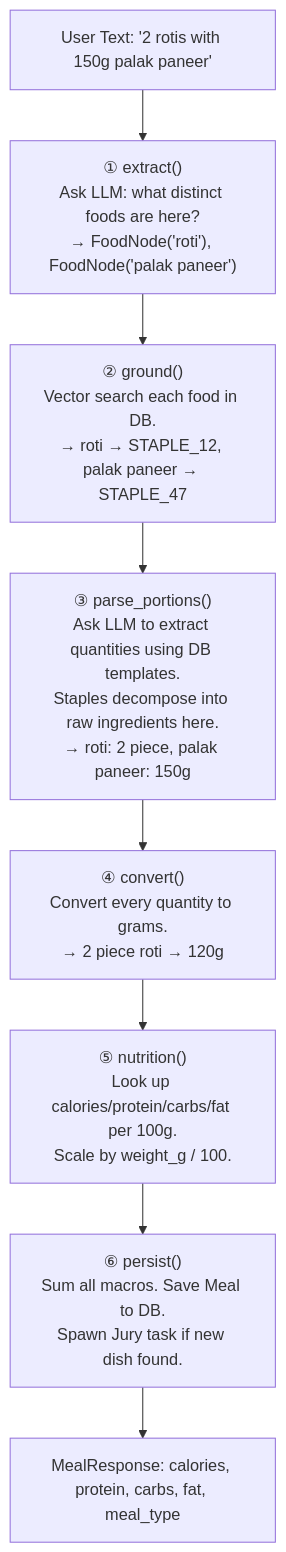
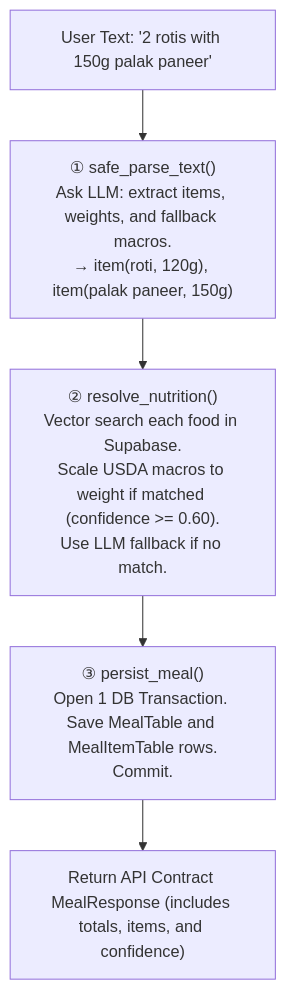
The diagram in backend/ARCHITECTURE.md (aasish-bodapati/lyfsync_2.0), drawn with Mermaid before and after one commit. The commit also changed other lines of this file and 5 other files, not shown here.

Commit message:
refactor: simplify parse_meal into pure helpers, remove manual env loading from embeddings.py, update stale docs

````diff
--- a/backend/ARCHITECTURE.md
+++ b/backend/ARCHITECTURE.md
@@ -36,11 +29,8 @@
 ```mermaid
 flowchart TD
     A["User Text: '2 rotis with 150g palak paneer'"] --> B
-    B["① extract()\nAsk LLM: what distinct foods are here?\n→ FoodNode('roti'), FoodNode('palak paneer')"] --> C
-    C["② ground()\nVector search each food in DB.\n→ roti → STAPLE_12, palak paneer → STAPLE_47"] --> D
-    D["③ parse_portions()\nAsk LLM to extract quantities using DB templates.\nStaples decompose into raw ingredients here.\n→ roti: 2 piece, palak paneer: 150g"] --> E
-    E["④ convert()\nConvert every quantity to grams.\n→ 2 piece roti → 120g"] --> F
-    F["⑤ nutrition()\nLook up calories/protein/carbs/fat per 100g.\nScale by weight_g / 100."] --> G
-    G["⑥ persist()\nSum all macros. Save Meal to DB.\nSpawn Jury task if new dish found."] --> H
-    H["MealResponse: calories, protein, carbs, fat, meal_type"]
+    B["① safe_parse_text()\nAsk LLM: extract items, weights, and fallback macros.\n→ item(roti, 120g), item(palak paneer, 150g)"] --> C
+    C["② resolve_nutrition()\nVector search each food in Supabase.\nScale USDA macros to weight if matched (confidence >= 0.60).\nUse LLM fallback if no match."] --> D
+    D["③ persist_meal()\nOpen 1 DB Transaction. Save MealTable and MealItemTable rows.\nCommit."] --> E
+    E["Return API Contract MealResponse (includes totals, items, and confidence)"]
 ```
````
